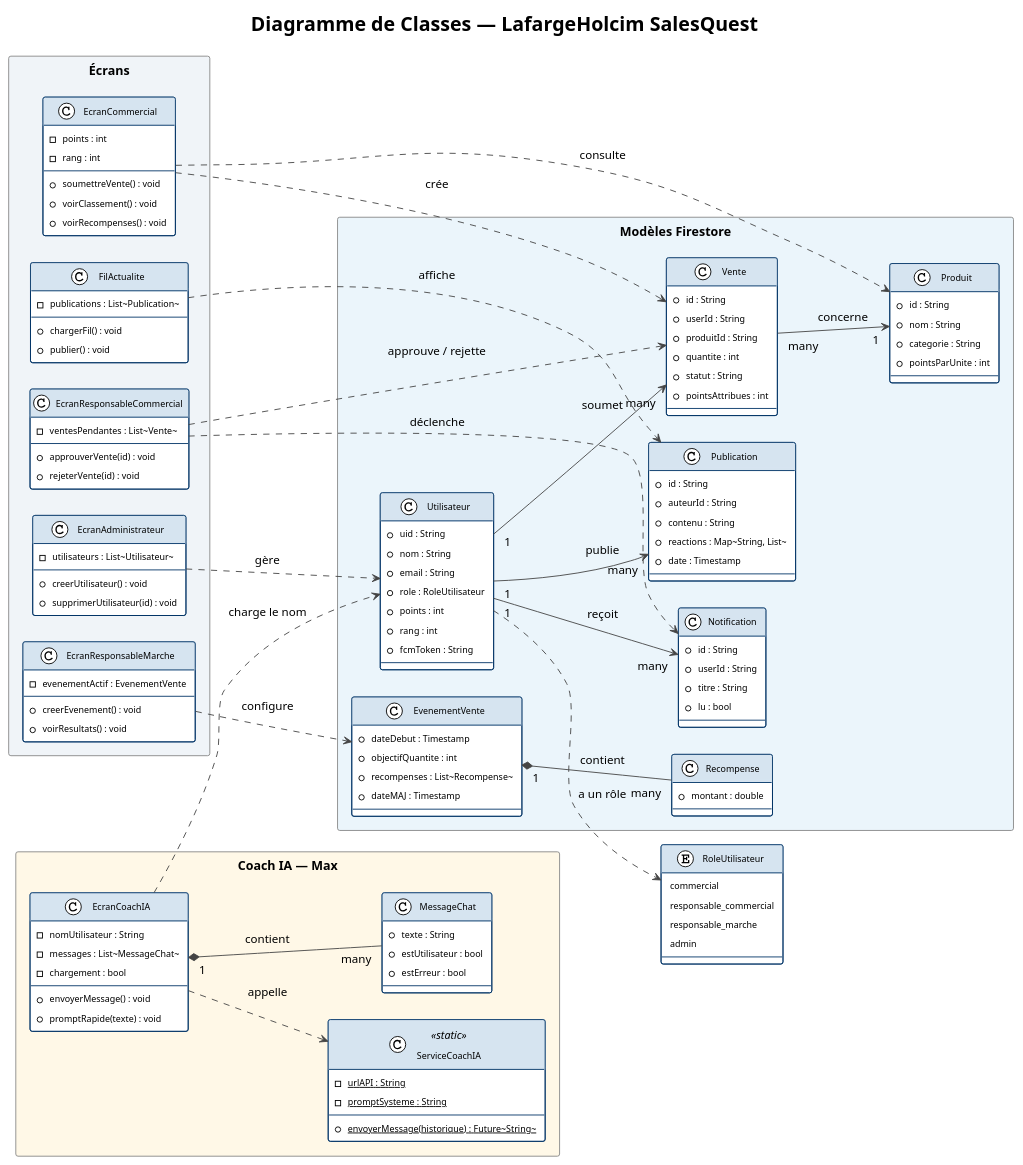
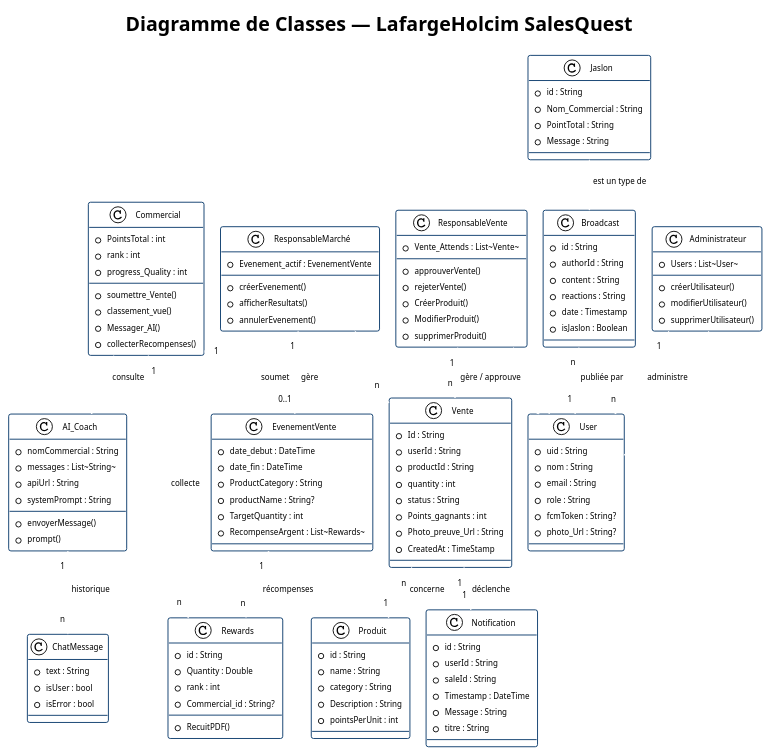
The diagram in docs/class_diagram.puml (sadow2003/LafargeHolcim_sales_game), drawn with PlantUML before and after one commit. The commit also changed 26 other files, not shown here.

```diff
--- a/docs/class_diagram.puml
+++ b/docs/class_diagram.puml
@@ -1,181 +1,203 @@
-@startuml DiagrammeClasses_SalesQuest
+@startuml Diagramme_Classes_SalesQuest
 !theme plain
-left to right direction
+top to bottom direction
 
+skinparam classFontSize 10
+skinparam classAttributeFontSize 9
+skinparam ArrowFontSize 9
+skinparam ArrowColor #444444s
+skinparam classBorderColor #003366
 skinparam classBackgroundColor #FFFFFF
-skinparam classBorderColor #003366
-skinparam classHeaderBackgroundColor #D6E4F0
-skinparam ArrowColor #444444
-skinparam packageStyle rectangle
-skinparam PackageBorderColor #888888
-skinparam PackageBackgroundColor #F7F7F7
-skinparam classFontSize 11
-skinparam classAttributeFontSize 10
-skinparam padding 4
-skinparam nodesep 30
-skinparam ranksep 40
+skinparam packageBorderColor #888888
+skinparam packageBackgroundColor #FAFAFA
+skinparam padding 3
+skinparam nodesep 18
+skinparam ranksep 28
 
 title Diagramme de Classes — LafargeHolcim SalesQuest
 
-' ══════════════════════════════════════
-'  ÉNUMÉRATION
-' ══════════════════════════════════════
-enum RoleUtilisateur {
-  commercial
-  responsable_commercial
-  responsable_marche
-  admin
+' ═══════════════════════════════════════════
+'  UTILISATEURS
+' ═══════════════════════════════════════════
+
+class User {
+  + uid : String
+  + nom : String
+  + email : String
+  + role : String
+  + fcmToken : String?
+  + photo_Url : String?
 }
 
-' ══════════════════════════════════════
-'  MODÈLES FIRESTORE
-' ══════════════════════════════════════
-package "Modèles Firestore" #EBF5FB {
-
-  class Utilisateur {
-    + uid : String
-    + nom : String
-    + email : String
-    + role : RoleUtilisateur
-    + points : int
-    + rang : int
-    + fcmToken : String
-  }
-
-  class Vente {
-    + id : String
-    + userId : String
-    + produitId : String
-    + quantite : int
-    + statut : String
-    + pointsAttribues : int
-  }
-
-  class Produit {
-    + id : String
-    + nom : String
-    + categorie : String
-    + pointsParUnite : int
-  }
-
-  class Publication {
-    + id : String
-    + auteurId : String
-    + contenu : String
-    + reactions : Map~String, List~
-    + date : Timestamp
-  }
-
-  class EvenementVente {
-    + dateDebut : Timestamp
-    + objectifQuantite : int
-    + recompenses : List~Recompense~
-    + dateMAJ : Timestamp
-  }
-
-  class Recompense {
-    + montant : double
-  }
-
-  class Notification {
-    + id : String
-    + userId : String
-    + titre : String
-    + lu : bool
-  }
-
-  Utilisateur   "1" --> "many" Vente       : soumet
-  Utilisateur   "1" --> "many" Publication : publie
-  Utilisateur   "1" --> "many" Notification : reçoit
-  Vente         "many" --> "1" Produit     : concerne
-  EvenementVente "1" *-- "many" Recompense : contient
-  Utilisateur ..> RoleUtilisateur : a un rôle
+class Commercial {
+  + PointsTotal : int
+  + rank : int
+  + progress_Quality : int
+  --
+  + soumettre_Vente()
+  + classement_vue()
+  + Messager_AI()
+  + collecterRecompenses()
 }
 
-' ══════════════════════════════════════
-'  ÉCRANS PAR RÔLE
-' ══════════════════════════════════════
-package "Écrans" #F0F4F8 {
-
-  class EcranCommercial {
-    - points : int
-    - rang : int
-    --
-    + soumettreVente() : void
-    + voirClassement() : void
-    + voirRecompenses() : void
-  }
-
-  class EcranResponsableCommercial {
-    - ventesPendantes : List~Vente~
-    --
-    + approuverVente(id) : void
-    + rejeterVente(id) : void
-  }
-
-  class EcranResponsableMarche {
-    - evenementActif : EvenementVente
-    --
-    + creerEvenement() : void
-    + voirResultats() : void
-  }
-
-  class EcranAdministrateur {
-    - utilisateurs : List~Utilisateur~
-    --
-    + creerUtilisateur() : void
-    + supprimerUtilisateur(id) : void
-  }
-
-  class FilActualite {
-    - publications : List~Publication~
-    --
-    + chargerFil() : void
-    + publier() : void
-  }
+class ResponsableVente {
+  + Vente_Attends : List~Vente~
+  --
+  + approuverVente()
+  + rejeterVente()
+  + CréerProduit()
+  + ModifierProduit()
+  + supprimerProduit()
 }
 
-' ══════════════════════════════════════
-'  COACH IA — MAX
-' ══════════════════════════════════════
-package "Coach IA — Max" #FFF8E7 {
-
-  class EcranCoachIA {
-    - nomUtilisateur : String
-    - messages : List~MessageChat~
-    - chargement : bool
-    --
-    + envoyerMessage() : void
-    + promptRapide(texte) : void
-  }
-
-  class ServiceCoachIA <<static>> {
-    - {static} urlAPI : String
-    - {static} promptSysteme : String
-    --
-    + {static} envoyerMessage(historique) : Future~String~
-  }
-
-  class MessageChat {
-    + texte : String
-    + estUtilisateur : bool
-    + estErreur : bool
-  }
-
-  EcranCoachIA "1" *-- "many" MessageChat : contient
-  EcranCoachIA ..> ServiceCoachIA         : appelle
+class ResponsableMarché {
+  + Evenement_actif : EvenementVente
+  --
+  + créerEvenement()
+  + afficherResultats()
+  + annulerEvenement()
 }
 
-' ══════════════════════════════════════
-'  DÉPENDANCES ÉCRANS → MODÈLES
-' ══════════════════════════════════════
-EcranCommercial            ..> Vente          : crée
-EcranCommercial            ..> Produit        : consulte
-EcranResponsableCommercial ..> Vente          : approuve / rejette
-EcranResponsableCommercial ..> Notification   : déclenche
-EcranResponsableMarche     ..> EvenementVente : configure
-EcranAdministrateur        ..> Utilisateur    : gère
-FilActualite               ..> Publication    : affiche
-EcranCoachIA               ..> Utilisateur    : charge le nom
+class Administrateur {
+  + Users : List~User~
+  --
+  + créerUtilisateur()
+  + modifierUtilisateur()
+  + supprimerUtilisateur()
+}
+
+' ═══════════════════════════════════════════
+'  IA COACH
+' ═══════════════════════════════════════════
+
+class AI_Coach {
+  + nomCommercial : String
+  + messages : List~String~
+  + apiUrl : String
+  + systemPrompt : String
+  --
+  + envoyerMessage()
+  + prompt()
+}
+
+class ChatMessage {
+  + text : String
+  + isUser : bool
+  + isError : bool
+}
+
+' ═══════════════════════════════════════════
+'  VENTE & PRODUIT
+' ═══════════════════════════════════════════
+
+class Vente {
+  + Id : String
+  + userId : String
+  + productId : String
+  + quantity : int
+  + status : String
+  + Points_gagnants : int
+  + Photo_preuve_Url : String
+  + CreatedAt : TimeStamp
+}
+
+class Produit {
+  + id : String
+  + name : String
+  + category : String
+  + Description : String
+  + pointsPerUnit : int
+}
+
+class Notification {
+  + id : String
+  + userId : String
+  + saleId : String
+  + Timestamp : DateTime
+  + Message : String
+  + titre : String
+}
+
+' ═══════════════════════════════════════════
+'  ÉVÉNEMENT & RÉCOMPENSES
+' ═══════════════════════════════════════════
+
+class EvenementVente {
+  + date_debut : DateTime
+  + date_fin : DateTime
+  + ProductCategory : String
+  + productName : String?
+  + TargetQuantity : int
+  + RecompenseArgent : List~Rewards~
+}
+
+class Rewards {
+  + id : String
+  + Quantity : Double
+  + rank : int
+  + Commercial_id : String?
+  --
+  + RecuitPDF()
+}
+
+' ═══════════════════════════════════════════
+'  BROADCAST & JALONS
+' ═══════════════════════════════════════════
+
+class Broadcast {
+  + id : String
+  + authorId : String
+  + content : String
+  + reactions : String
+  + date : Timestamp
+  + isJaslon : Boolean
+}
+
+class Jaslon {
+  + id : String
+  + Nom_Commercial : String
+  + PointTotal : String
+  + Message : String
+}
+
+' ═══════════════════════════════════════════
+'  HÉRITAGE — tous les rôles héritent de User
+' ═══════════════════════════════════════════
+Commercial       --|> User
+ResponsableVente --|> User
+ResponsableMarché --|> User
+Administrateur   --|> User
+
+' ═══════════════════════════════════════════
+'  ASSOCIATIONS
+' ═══════════════════════════════════════════
+
+' Commercial
+Commercial "1" --> "n" Vente         : soumet
+Commercial "1" --> "n" Rewards       : collecte
+Commercial      --> AI_Coach         : consulte
+
+' Vente
+Vente "n" --> "1" Produit            : concerne
+Vente "1" ..> "1" Notification       : déclenche
+
+' ResponsableVente
+ResponsableVente "1" --> "n" Vente   : gère / approuve
+
+' ResponsableMarché
+ResponsableMarché "1" --> "0..1" EvenementVente : gère
+
+' Administrateur
+Administrateur "1" --> "n" User      : administre
+
+' IA Coach
+AI_Coach "1" *-- "n" ChatMessage     : historique
+
+' Événement
+EvenementVente "1" *-- "n" Rewards   : récompenses
+
+' Broadcast / Jalon
+Jaslon --|> Broadcast                : est un type de
+Broadcast "n" --> "1" User          : publiée par
 
 @enduml
```
